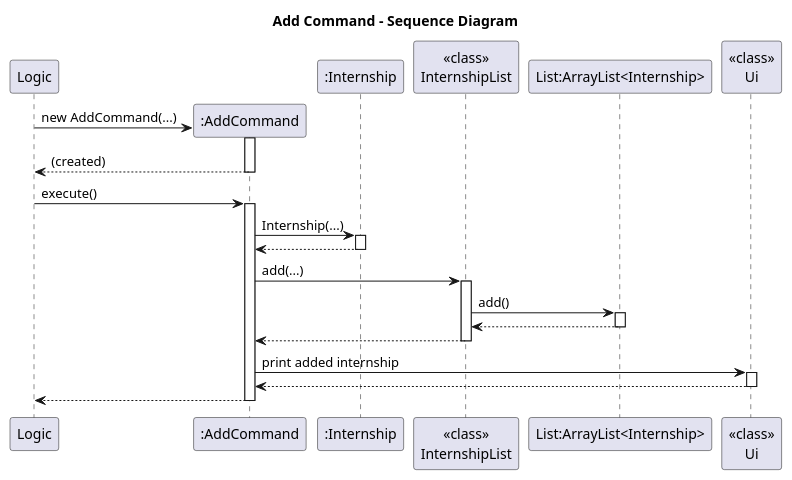
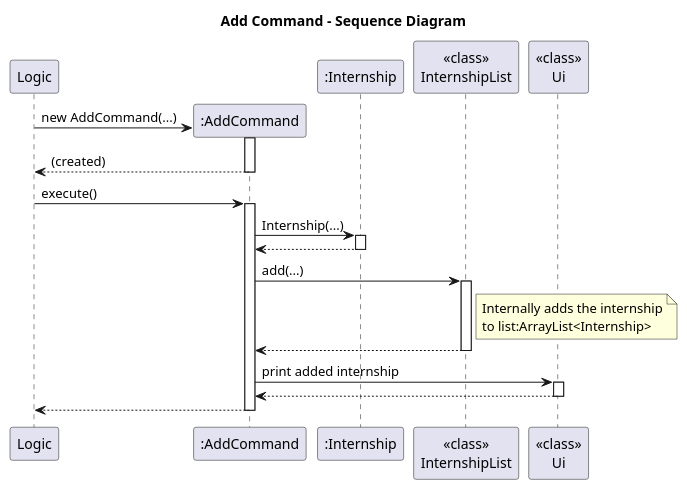
Before and after one commit to BenyAlbatross/tp: the diagram in docs/diagrams/AddCommandSD.puml, drawn with PlantUML. The commit also changed 1 other file, not shown here.

Commit message:
Update AddCommand uml

```diff
--- a/docs/diagrams/AddCommandSD.puml
+++ b/docs/diagrams/AddCommandSD.puml
@@ -1,40 +1,34 @@
 @startuml
 title Add Command - Sequence Diagram
 participant Logic
 create ":AddCommand" as AC
 participant ":Internship" as IN
 participant "<<class>>\nInternshipList" as IL
-participant "List:ArrayList<Internship>" as LI
 participant "<<class>>\nUi" as Ui
 
 Logic-> AC**: new AddCommand(...)
 activate AC
 return (created)
 
 Logic-> AC: execute()
 activate AC
 
 AC -> IN: Internship(...)
 activate IN
 IN --> AC
 deactivate IN
 
 AC -> IL: add(...)
 activate IL
-IL -> LI: add()
-activate LI
-LI --> IL
-deactivate LI
+note right of IL: Internally adds the internship\nto list:ArrayList<Internship>
 IL --> AC
 deactivate IL
-
-
 
 AC -> Ui: print added internship
 activate Ui
 Ui --> AC
 deactivate Ui
 
 AC -->Logic
 deactivate AC
 @enduml
```
